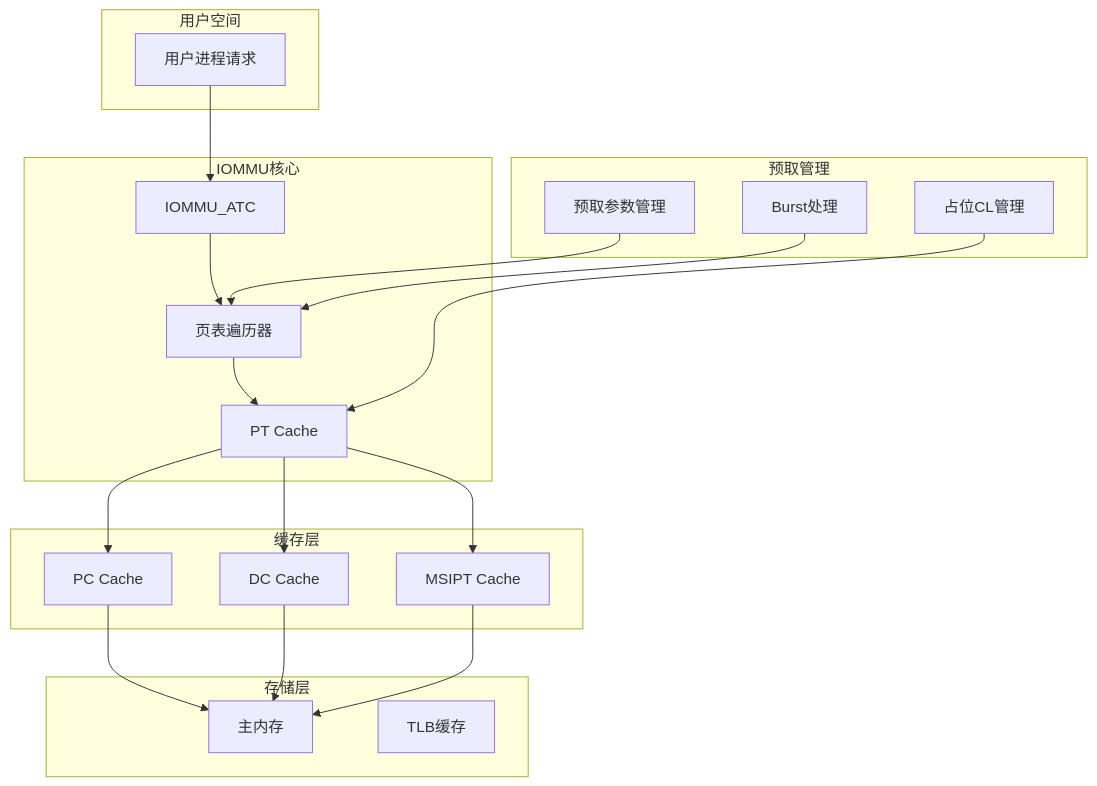
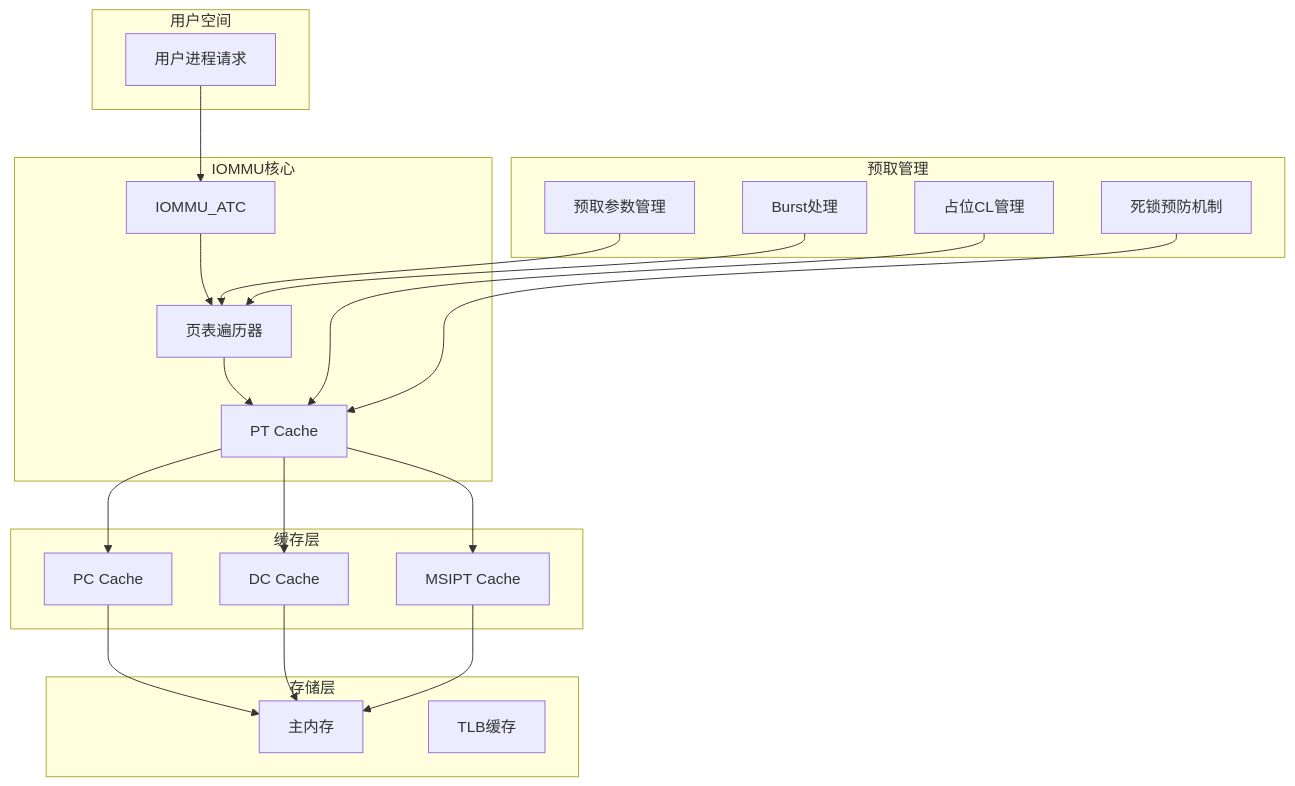
Before and after one commit to jiangjiang1122/iommu_model_20260401_v1: the second of 12 diagrams in .qoder/repowiki/zh/content/缓存系统架构/PT Cache预取实现分析.md, drawn with Mermaid. The commit also changed other lines of this file and 22 other files, not shown here.

````diff
--- a/.qoder/repowiki/zh/content/缓存系统架构/PT Cache预取实现分析.md
+++ b/.qoder/repowiki/zh/content/缓存系统架构/PT Cache预取实现分析.md
@@ -120,37 +122,39 @@
 ```mermaid
 graph TB
 subgraph "用户空间"
 USR[用户进程请求]
 end
 subgraph "IOMMU核心"
 ATC[IOMMU_ATC]
 PTW[页表遍历器]
 PTC[PT Cache]
 end
 subgraph "缓存层"
 PC[PC Cache]
 DC[DC Cache]
 MSIPT[MSIPT Cache]
 end
 subgraph "存储层"
 MEM[主内存]
 TLB[TLB缓存]
 end
 subgraph "预取管理"
 PREFETCH[预取参数管理]
 PLACEHOLDER[占位CL管理]
 BATCH[Burst处理]
+DEADLOCK_PREVENTION[死锁预防机制]
 end
 USR --> ATC
 ATC --> PTW
 PTW --> PTC
 PTC --> PC
 PTC --> DC
 PTC --> MSIPT
 PC --> MEM
 DC --> MEM
 MSIPT --> MEM
 PREFETCH --> PTW
 PLACEHOLDER --> PTC
 BATCH --> PTW
+DEADLOCK_PREVENTION --> PTC
 ```
````
